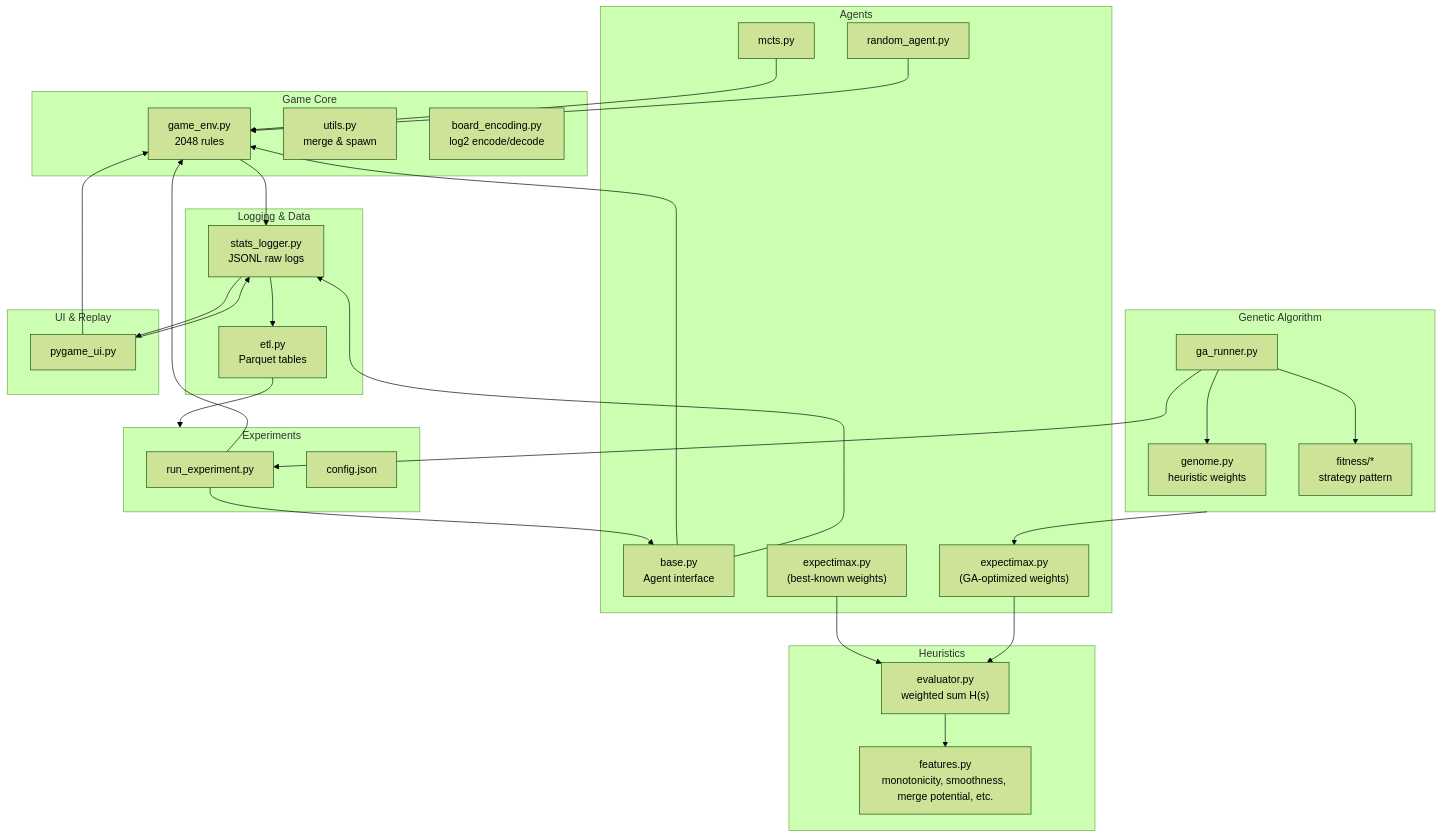
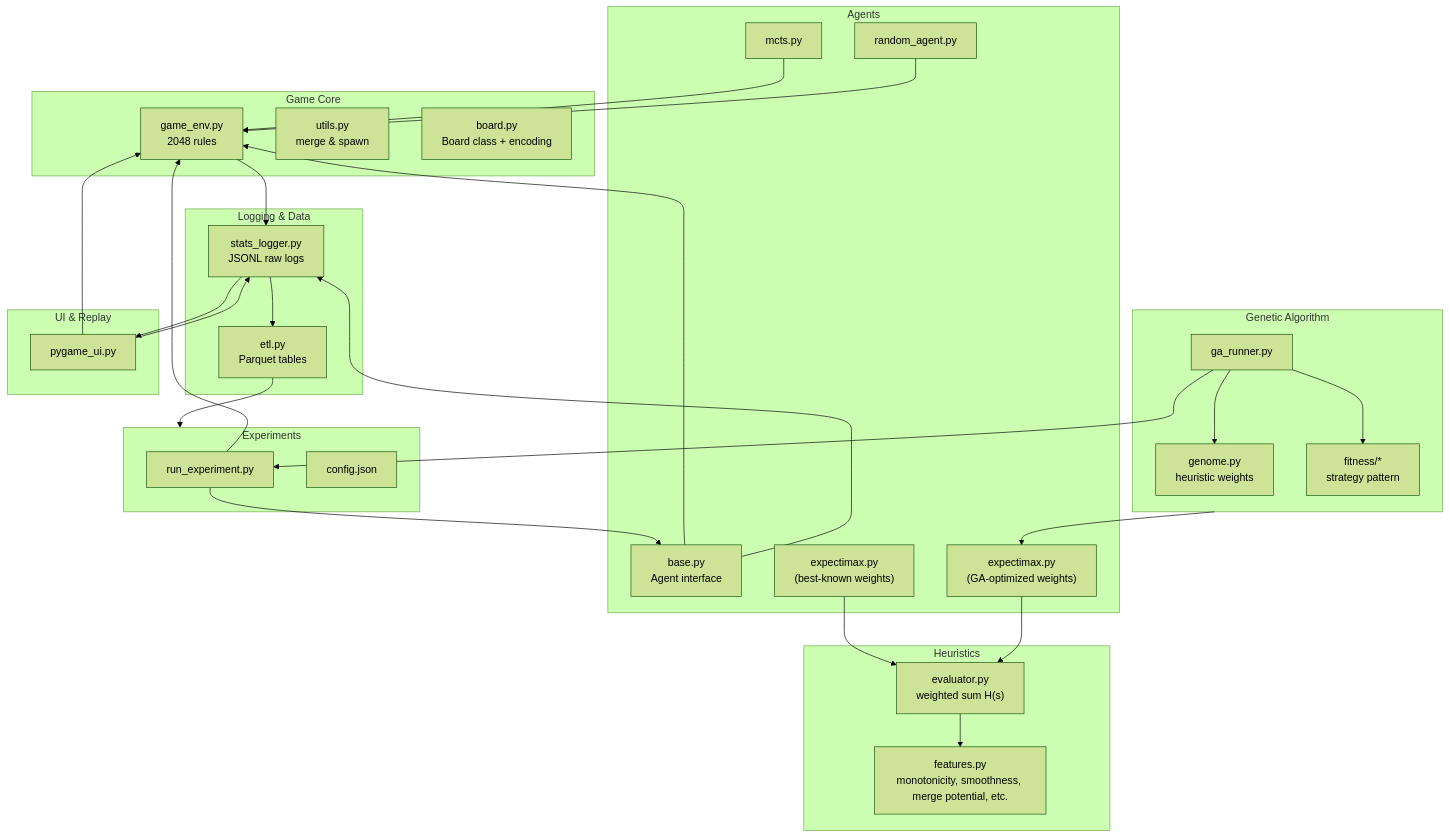
The first of 3 diagrams in DESIGN.md (jeffTheLandShark/2048-agents), drawn with Mermaid (forest theme) before and after one commit. The commit also changed other lines of this file and 1 other file, not shown here.

First line of the commit message:
Add AGENTS.md and update DESIGN.md for Board class

````diff
--- a/DESIGN.md
+++ b/DESIGN.md
@@ -79,66 +83,66 @@
 ```mermaid
 flowchart TD
     subgraph GameCore[Game Core]
         Env["game_env.py<br/>2048 rules"]
         Utils["utils.py<br/>merge & spawn"]
-        Encode["board_encoding.py<br/>log2 encode/decode"]
+        Board["board.py<br/>Board class + encoding"]
     end
 
     subgraph Agents[Agents]
         BaseAgent["base.py<br/>Agent interface"]
         ExpFixed["expectimax.py<br/>(best-known weights)"]
         ExpGA["expectimax.py<br/>(GA-optimized weights)"]
         MCTS[mcts.py]
         Random[random_agent.py]
     end
 
     subgraph Heuristics[Heuristics]
         Feat["features.py<br/>monotonicity, smoothness, merge potential, etc."]
         Eval["evaluator.py<br/>weighted sum H(s)"]
     end
 
     subgraph GA[Genetic Algorithm]
         Genome["genome.py<br/>heuristic weights"]
         Fitness["fitness/*<br/>strategy pattern"]
         GARunner[ga_runner.py]
     end
 
     subgraph Logging[Logging & Data]
         Stats["stats_logger.py<br/>JSONL raw logs"]
         ETL["etl.py<br/>Parquet tables"]
     end
 
     subgraph Experiments[Experiments]
         Runner[run_experiment.py]
         Config[config.json]
     end
 
     subgraph UI[UI & Replay]
         Pygame[pygame_ui.py]
     end
 
     Runner --> Env
     Runner --> BaseAgent
     BaseAgent --> Env
 
     ExpFixed --> Eval
     ExpGA --> Eval
     Eval --> Feat
     MCTS --> Env
     Random --> Env
 
     GA --> ExpGA
     GARunner --> Runner
     GARunner --> Fitness
     GARunner --> Genome
 
     Env --> Stats
     BaseAgent --> Stats
 
     Stats --> ETL
     ETL --> Experiments
 
     Pygame --> Env
     Pygame --> Stats
     Stats --> Pygame
 ```
````
